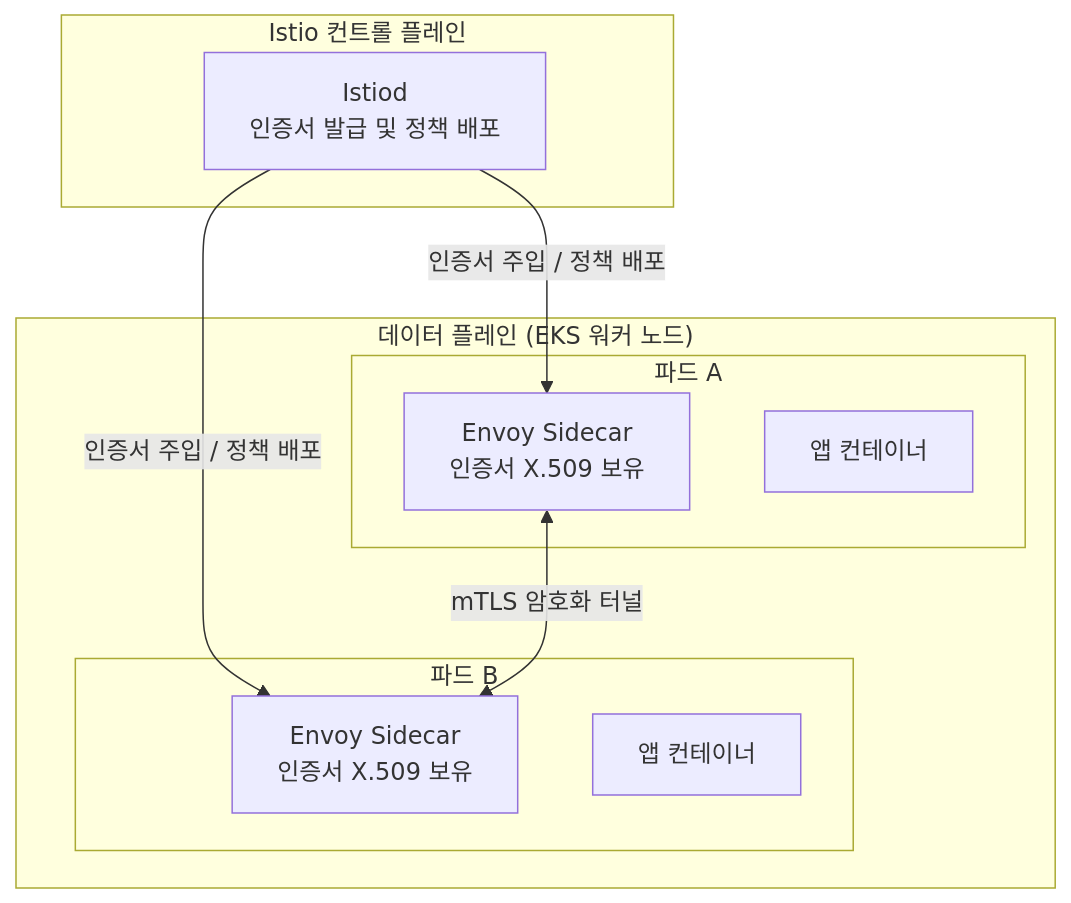
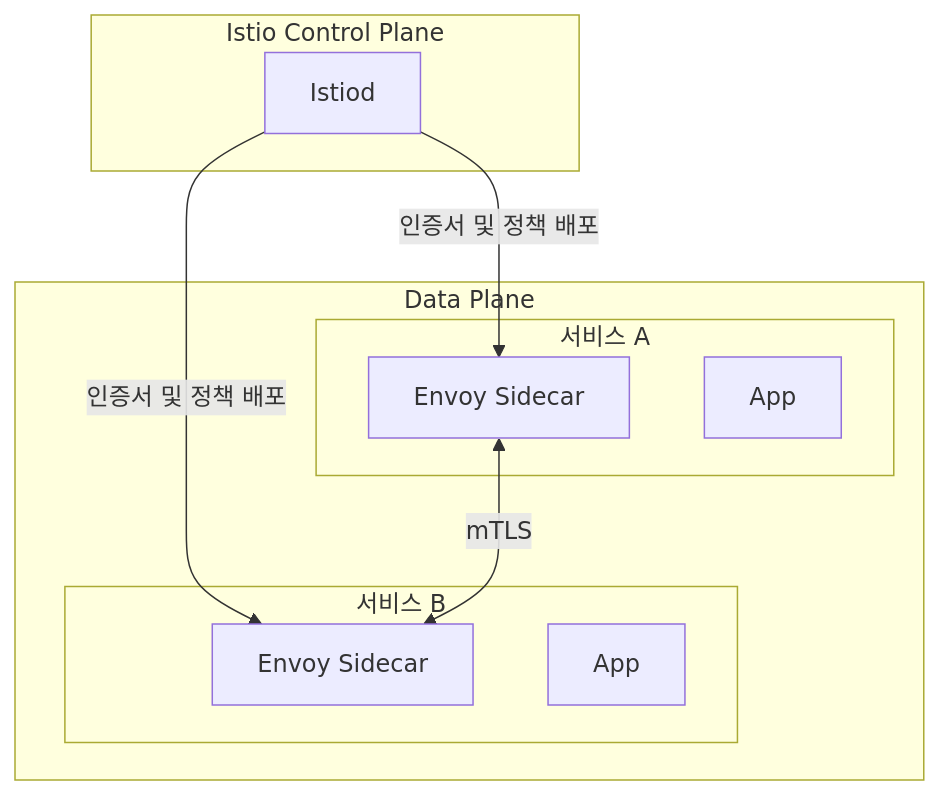
The diagram in docs/content/security/istio-mtls.md (goorm-gongbang/001-finalPR), drawn with Mermaid before and after one commit. The commit also changed other lines of this file and 4 other files, not shown here.

````diff
--- a/docs/content/security/istio-mtls.md
+++ b/docs/content/security/istio-mtls.md
@@ -11,21 +9,21 @@
 ```mermaid
 flowchart TB
-    subgraph CP["Istio 컨트롤 플레인"]
-        ISTIOD[Istiod<br/>인증서 발급 및 정책 배포]
+    subgraph CP["Istio Control Plane"]
+        ISTIOD[Istiod]
     end
 
-    subgraph DP["데이터 플레인 (EKS 워커 노드)"]
-        subgraph PodA["파드 A"]
-            PA_PROXY[Envoy Sidecar<br/>인증서 X.509 보유]
-            PA_APP[앱 컨테이너]
+    subgraph DP["Data Plane"]
+        subgraph PodA["서비스 A"]
+            A_PROXY[Envoy Sidecar]
+            A_APP[App]
         end
-        subgraph PodB["파드 B"]
-            PB_PROXY[Envoy Sidecar<br/>인증서 X.509 보유]
-            PB_APP[앱 컨테이너]
+        subgraph PodB["서비스 B"]
+            B_PROXY[Envoy Sidecar]
+            B_APP[App]
         end
     end
 
-    ISTIOD -->|인증서 주입 / 정책 배포| PA_PROXY
-    ISTIOD -->|인증서 주입 / 정책 배포| PB_PROXY
-    PA_PROXY <-->|mTLS 암호화 터널| PB_PROXY
+    ISTIOD -->|인증서 및 정책 배포| A_PROXY
+    ISTIOD -->|인증서 및 정책 배포| B_PROXY
+    A_PROXY <-->|mTLS| B_PROXY
 ```
````
